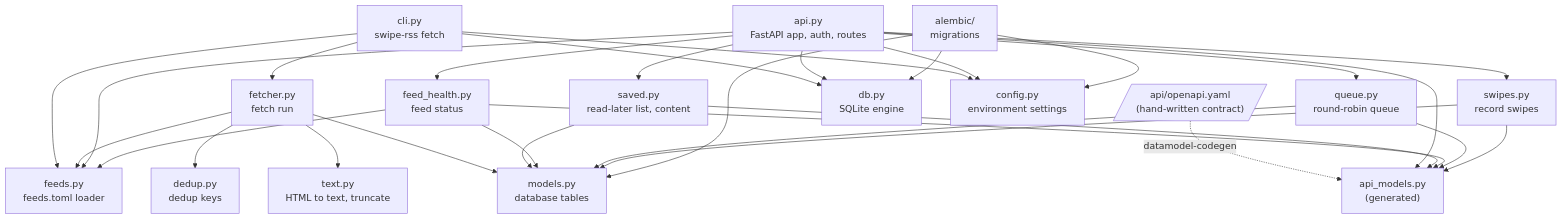
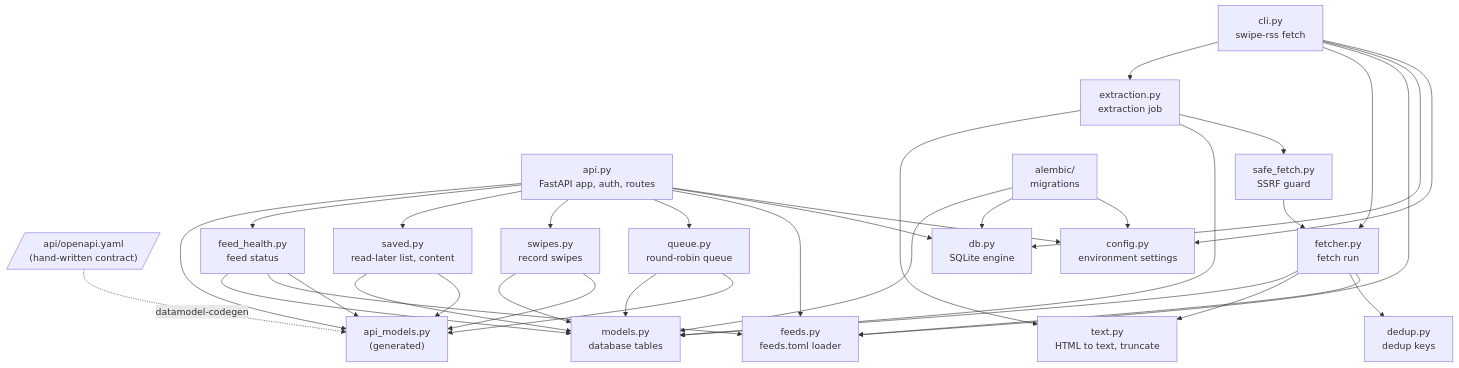
One commit to shanirub/swipe-rss-reader changed the second of 18 diagrams in docs/architecture.md. Above: the diagram before and after it, drawn with Mermaid. The commit also changed other lines of this file and 15 other files, not shown here.

First line of the commit message:
Add extraction job and SSRF guard

````diff
--- a/docs/architecture.md
+++ b/docs/architecture.md
@@ -53,29 +54,33 @@
 ```mermaid
 flowchart TD
     spec[/"api/openapi.yaml<br/>(hand-written contract)"/]
     cli["cli.py<br/>swipe-rss fetch"]
     fetcher["fetcher.py<br/>fetch run"]
     feeds["feeds.py<br/>feeds.toml loader"]
     dedup["dedup.py<br/>dedup keys"]
     text["text.py<br/>HTML to text, truncate"]
     api["api.py<br/>FastAPI app, auth, routes"]
     queue["queue.py<br/>round-robin queue"]
     swipes["swipes.py<br/>record swipes"]
     saved["saved.py<br/>read-later list, content"]
     health["feed_health.py<br/>feed status"]
+    extraction["extraction.py<br/>extraction job"]
+    safe["safe_fetch.py<br/>SSRF guard"]
     api_models["api_models.py<br/>(generated)"]
     models["models.py<br/>database tables"]
     db["db.py<br/>SQLite engine"]
     config["config.py<br/>environment settings"]
     alembic["alembic/<br/>migrations"]
 
     spec -. "datamodel-codegen" .-> api_models
-    cli --> config & db & feeds & fetcher
+    cli --> config & db & feeds & fetcher & extraction
+    extraction --> safe & models & text
+    safe --> fetcher
     fetcher --> feeds & dedup & text & models
     api --> config & db & feeds & queue & swipes & saved & health & api_models
     saved --> api_models & models
     health --> api_models & feeds & models
     queue --> api_models & models
     swipes --> api_models & models
     alembic --> config & db & models
 ```
````
